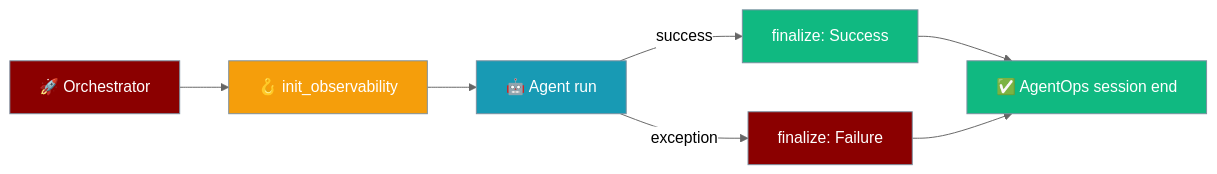
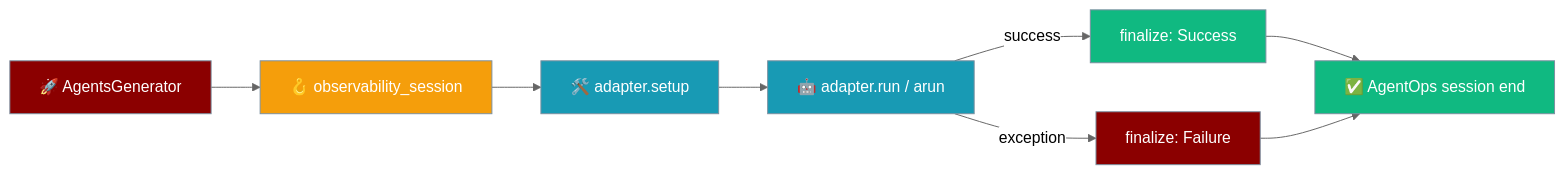
The first of 3 diagrams in docs/features/observability-hooks.mdx (MervinPraison/PraisonAIDocs), drawn with Mermaid (neutral theme) before and after one commit. The commit also changed other lines of this file and 1 other file, not shown here.

First line of the commit message:
docs: update observability + framework-adapter pages for PR #3152 (fixes #2134)

````diff
--- a/docs/features/observability-hooks.mdx
+++ b/docs/features/observability-hooks.mdx
@@ -23,22 +23,25 @@
 ```mermaid
 graph LR
-    A[🚀 Orchestrator] --> B[🪝 init_observability]
-    B --> D[🤖 Agent run]
+    A[🚀 AgentsGenerator] --> B[🪝 observability_session]
+    B --> S[🛠️ adapter.setup]
+    S --> D[🤖 adapter.run / arun]
     D -->|success| ES[finalize: Success]:::success
     D -->|exception| EF[finalize: Failure]:::failure
     ES --> F[✅ AgentOps session end]
     EF --> F
 
     classDef orch fill:#8B0000,stroke:#7C90A0,color:#fff
     classDef hook fill:#F59E0B,stroke:#7C90A0,color:#fff
+    classDef setup fill:#189AB4,stroke:#7C90A0,color:#fff
     classDef success fill:#10B981,stroke:#7C90A0,color:#fff
     classDef failure fill:#8B0000,stroke:#7C90A0,color:#fff
     classDef run fill:#189AB4,stroke:#7C90A0,color:#fff
 
     class A orch
     class B hook
+    class S setup
     class D run
     class ES success
     class EF failure
     class F success
 ```
````
